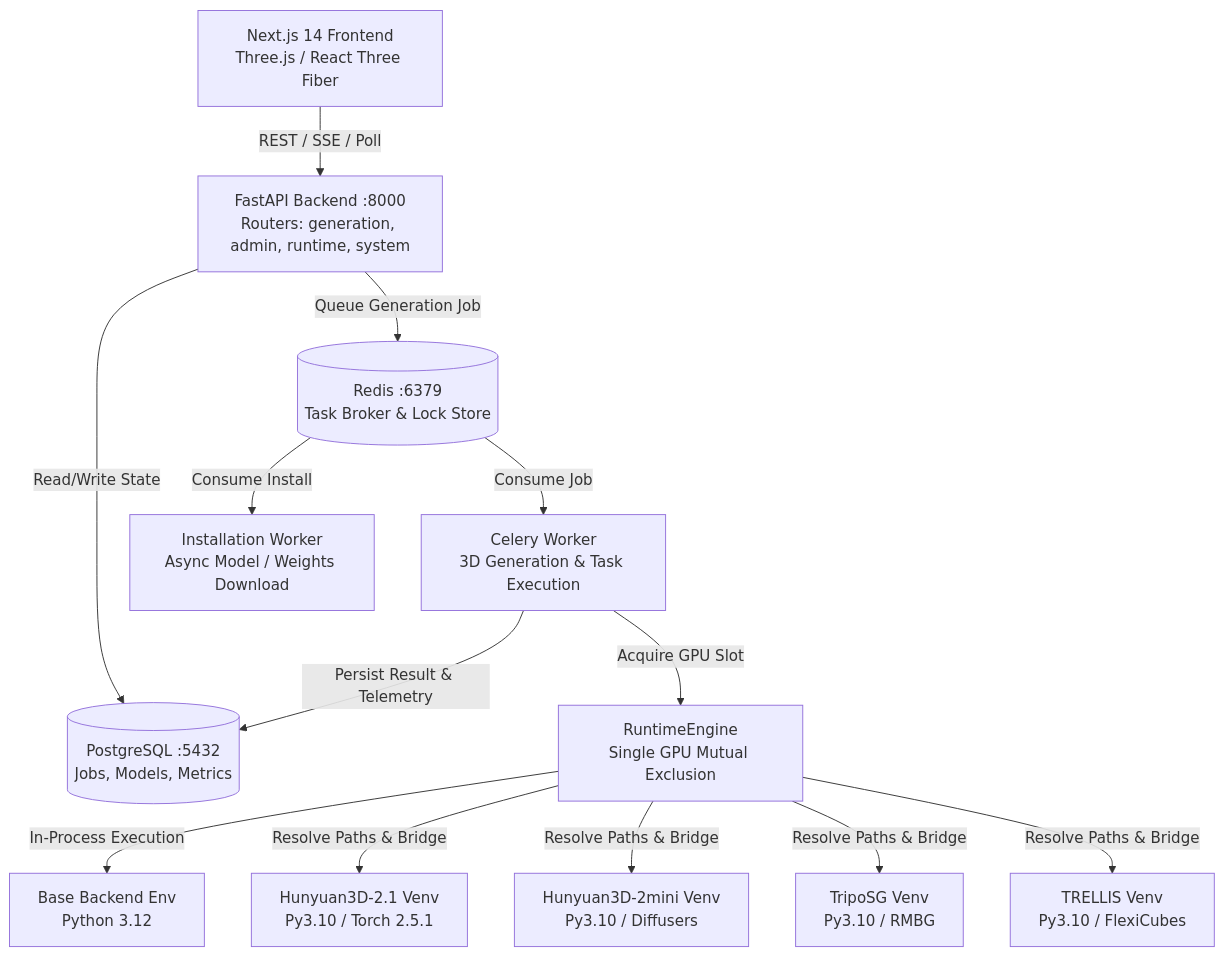
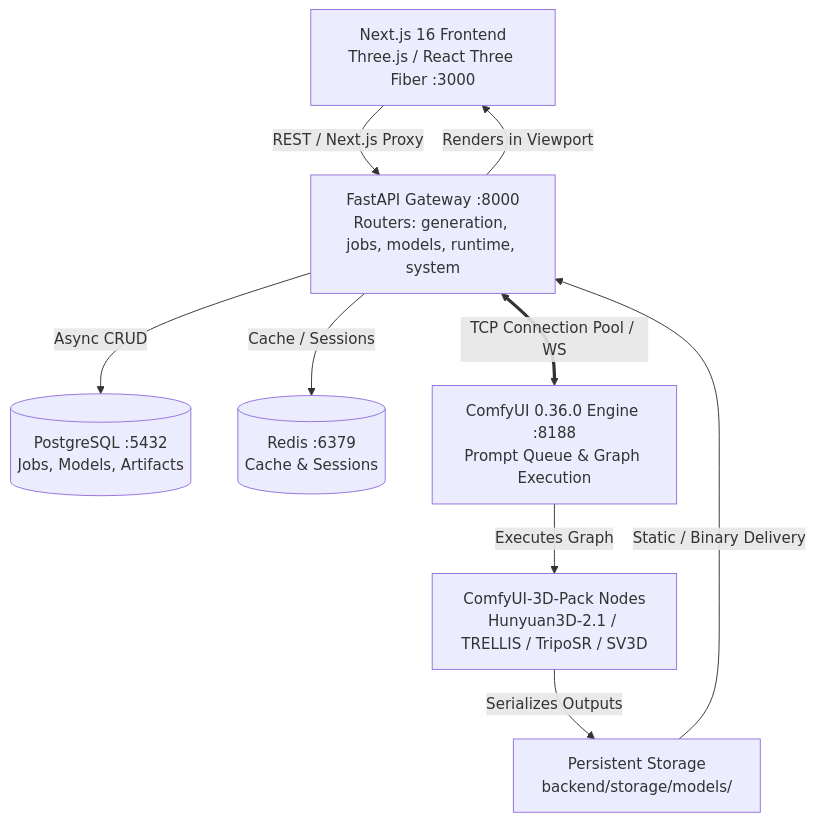
One commit to Silentzx2/AI_Studio changed the first of 2 diagrams in Docs/SYSTEM-BLUEPRINT.md. Above: the diagram before and after it, drawn with Mermaid. The commit also changed other lines of this file and 216 other files, not shown here.

First line of the commit message:
feat(backend): rebuild backend around ComfyUI and ComfyUI-3D-Pack

````diff
--- a/Docs/SYSTEM-BLUEPRINT.md
+++ b/Docs/SYSTEM-BLUEPRINT.md
@@ -20,28 +21,19 @@
 ```mermaid
 graph TD
-    UI[Next.js 14 Frontend<br/>Three.js / React Three Fiber]
-    API[FastAPI Backend :8000<br/>Routers: generation, admin, runtime, system]
-    REDIS[(Redis :6379<br/>Task Broker & Lock Store)]
-    PG[(PostgreSQL :5432<br/>Jobs, Models, Metrics)]
-    WORKER[Celery Worker<br/>3D Generation & Task Execution]
-    INSTALLER[Installation Worker<br/>Async Model / Weights Download]
-    ENGINE[RuntimeEngine<br/>Single GPU Mutual Exclusion]
-    VENV_BASE[Base Backend Env<br/>Python 3.12]
-    VENV_HY21[Hunyuan3D-2.1 Venv<br/>Py3.10 / Torch 2.5.1]
-    VENV_MINI[Hunyuan3D-2mini Venv<br/>Py3.10 / Diffusers]
-    VENV_TRIPOSG[TripoSG Venv<br/>Py3.10 / RMBG]
-    VENV_TRELLIS[TRELLIS Venv<br/>Py3.10 / FlexiCubes]
+    UI["Next.js 16 Frontend<br/>Three.js / React Three Fiber :3000"]
+    API["FastAPI Gateway :8000<br/>Routers: generation, jobs, models, runtime, system"]
+    PG[("PostgreSQL :5432<br/>Jobs, Models, Artifacts")]
+    REDIS[("Redis :6379<br/>Cache & Sessions")]
+    COMFY["ComfyUI 0.36.0 Engine :8188<br/>Prompt Queue & Graph Execution"]
+    PACK["ComfyUI-3D-Pack Nodes<br/>Hunyuan3D-2.1 / TRELLIS / TripoSR / SV3D"]
+    STORAGE["Persistent Storage<br/>backend/storage/models/<job_id>"]
 
-    UI -->|REST / SSE / Poll| API
-    API -->|Queue Generation Job| REDIS
-    API -->|Read/Write State| PG
-    REDIS -->|Consume Job| WORKER
-    REDIS -->|Consume Install| INSTALLER
-    WORKER -->|Acquire GPU Slot| ENGINE
-    ENGINE -->|In-Process Execution| VENV_BASE
-    ENGINE -->|Resolve Paths & Bridge| VENV_HY21
-    ENGINE -->|Resolve Paths & Bridge| VENV_MINI
-    ENGINE -->|Resolve Paths & Bridge| VENV_TRIPOSG
-    ENGINE -->|Resolve Paths & Bridge| VENV_TRELLIS
-    WORKER -->|Persist Result & Telemetry| PG
+    UI -->|REST / Next.js Proxy| API
+    API -->|Async CRUD| PG
+    API -->|Cache / Sessions| REDIS
+    API <==>|TCP Connection Pool / WS| COMFY
+    COMFY -->|Executes Graph| PACK
+    PACK -->|Serializes Outputs| STORAGE
+    STORAGE -->|Static / Binary Delivery| API
+    API -->|Renders in Viewport| UI
 ```
````
